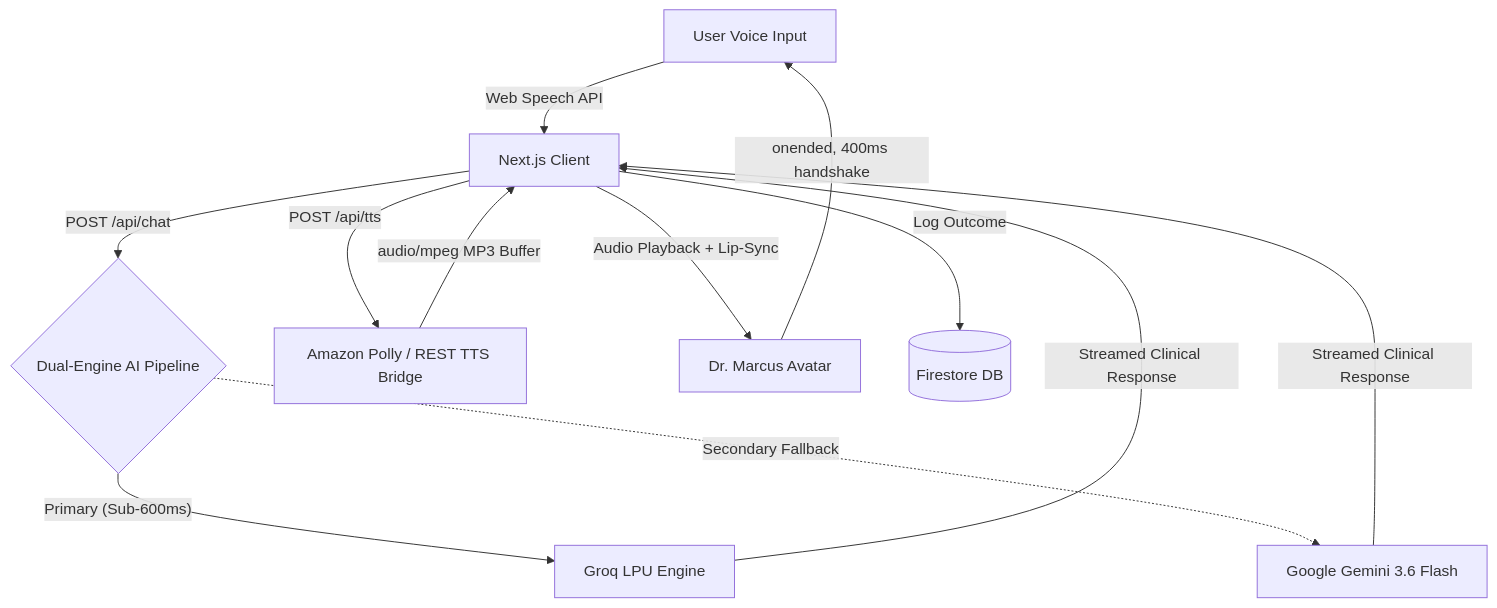
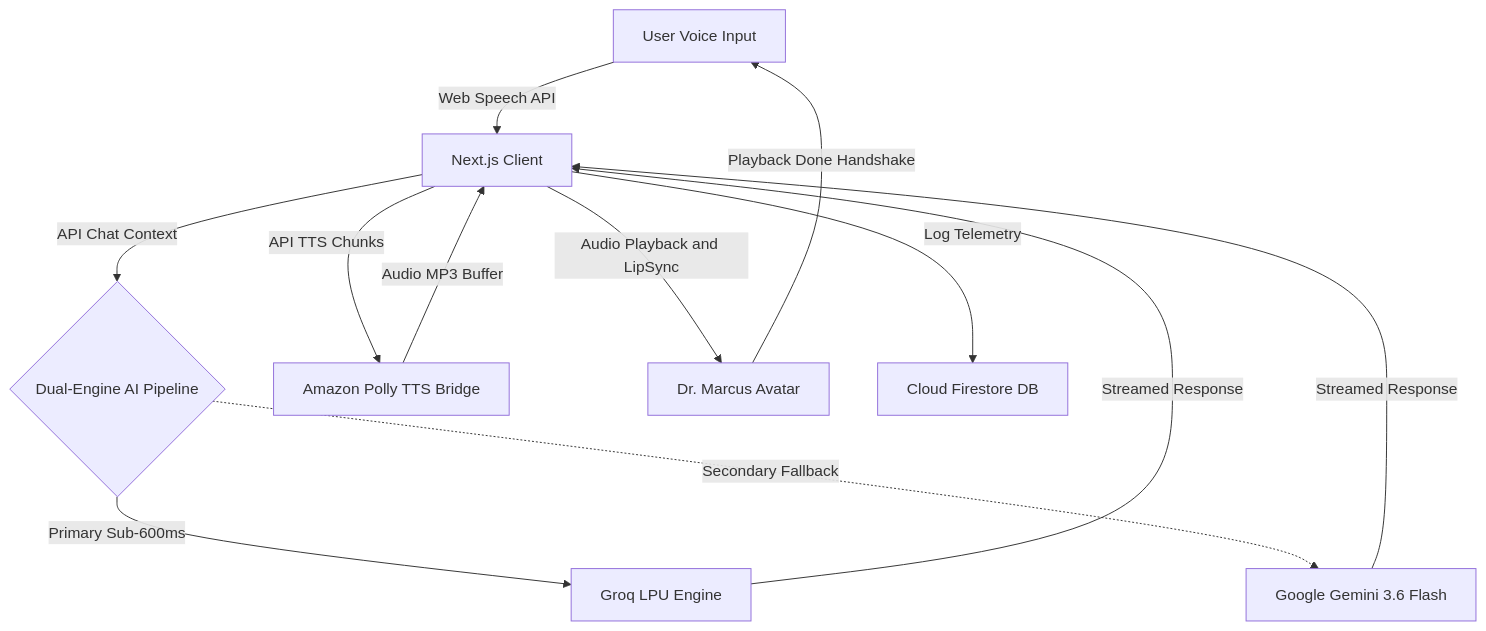
The diagram in README.md (sayakbhattasali/mind-reset-ai), drawn with Mermaid before and after one commit.

Commit message:
Revise architecture diagram in README.md
Updated architecture diagram to improve clarity and detail.

````diff
--- a/README.md
+++ b/README.md
@@ -59,15 +59,14 @@
 ```mermaid
-flowchart TD
-    A["User Voice Input"] -->|"Web Speech API"| B["Next.js Client"]
-    B -->|"POST /api/chat"| C{"Dual-Engine AI Pipeline"}
-    C -->|"Primary (Sub-600ms)"| D["Groq LPU Engine"]
-    C -.->|"Secondary Fallback"| E["Google Gemini 3.6 Flash"]
-    D -->|"Streamed Clinical Response"| B
-    E -->|"Streamed Clinical Response"| B
-    B -->|"POST /api/tts"| F["Amazon Polly / REST TTS Bridge"]
-    F -->|"audio/mpeg MP3 Buffer"| B
-    B -->|"Audio Playback + Lip-Sync"| G["Dr. Marcus Avatar"]
-    G -->|"onended, 400ms handshake"| A
-    B -->|"Log Outcome"| H[("Firestore DB")]
-
+graph TD
+    User[User Voice Input] -->|Web Speech API| Client[Next.js Client]
+    Client -->|API Chat Context| Pipeline{Dual-Engine AI Pipeline}
+    Pipeline -->|Primary Sub-600ms| Groq[Groq LPU Engine]
+    Pipeline -.->|Secondary Fallback| Gemini[Google Gemini 3.6 Flash]
+    Groq -->|Streamed Response| Client
+    Gemini -->|Streamed Response| Client
+    Client -->|API TTS Chunks| Polly[Amazon Polly TTS Bridge]
+    Polly -->|Audio MP3 Buffer| Client
+    Client -->|Audio Playback and LipSync| Avatar[Dr. Marcus Avatar]
+    Avatar -->|Playback Done Handshake| User
+    Client -->|Log Telemetry| DB[Cloud Firestore DB]
 ```
````
